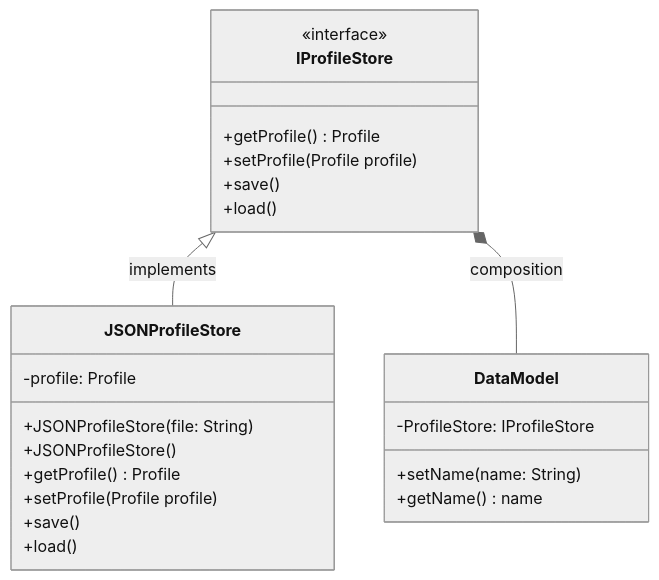
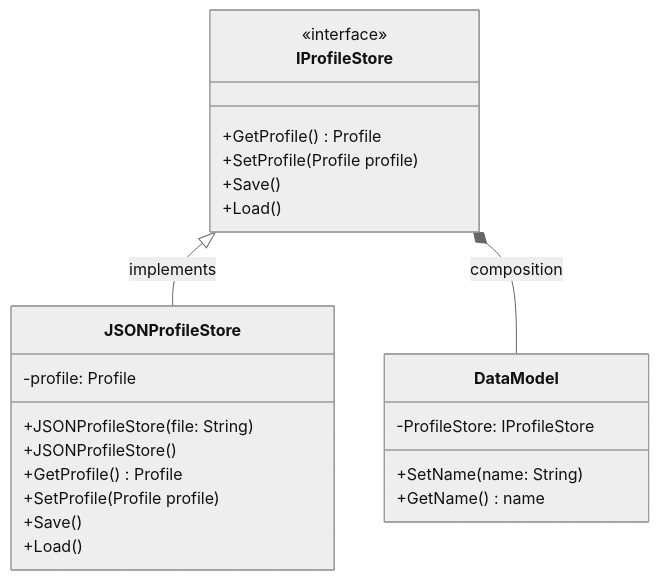
One commit to overlord-supreme/checkers changed the second of 2 diagrams in docs/design/5-data-model.md. Above: the diagram before and after it, drawn with Mermaid (neutral theme). The commit also changed other lines of this file, not shown here.

````diff
--- a/docs/design/5-data-model.md
+++ b/docs/design/5-data-model.md
@@ -19,29 +19,29 @@
 ```mermaid
 classDiagram
     IProfileStore <|-- JSONProfileStore: implements
     IProfileStore *-- DataModel: composition
 
     class DataModel {
         -ProfileStore: IProfileStore
-        +setName(name: String)
-        +getName() name
+        +SetName(name: String)
+        +GetName() name
     }
 
     class IProfileStore {
-        +getProfile() Profile
-        +setProfile(Profile profile)
-        +save()
-        +load()
+        +GetProfile() Profile
+        +SetProfile(Profile profile)
+        +Save()
+        +Load()
     }
     <<interface>> IProfileStore
 
     class JSONProfileStore {
         -profile: Profile
         +JSONProfileStore(file: String)
         +JSONProfileStore()
-        +getProfile() Profile
-        +setProfile(Profile profile)
-        +save()
-        +load()   
+        +GetProfile() Profile
+        +SetProfile(Profile profile)
+        +Save()
+        +Load()   
     }
 ```
````
